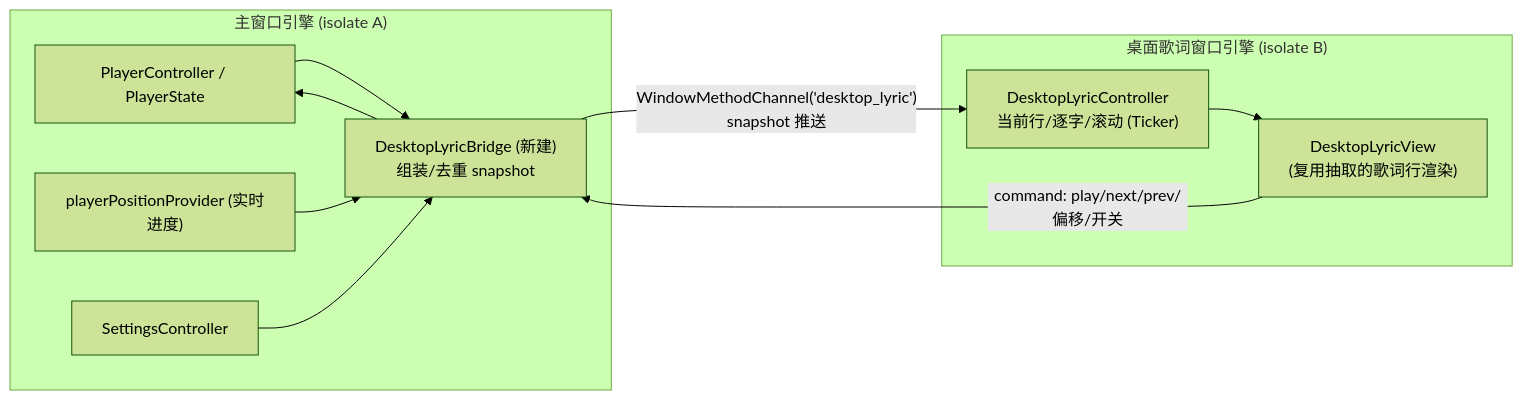
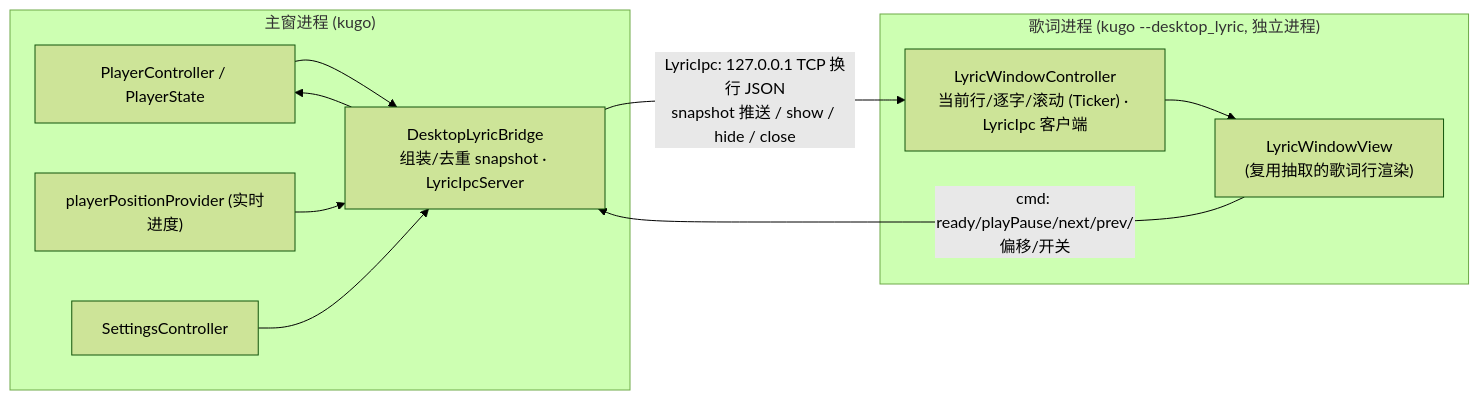
Before and after one commit to ZhengHaoF/kugoFlutter: the diagram in 桌面歌词接入方案.md, drawn with Mermaid (forest theme). The commit also changed other lines of this file and 10 other files, not shown here.

````diff
--- a/桌面歌词接入方案.md
+++ b/桌面歌词接入方案.md
@@ -110,20 +151,20 @@
 ```mermaid
 flowchart LR
-  subgraph MainWindow["主窗口引擎 (isolate A)"]
+  subgraph MainProcess["主窗进程 (kugo)"]
     PC["PlayerController / PlayerState"]
     PP["playerPositionProvider (实时进度)"]
-    DLC["DesktopLyricBridge (新建)\n组装/去重 snapshot"]
+    DLC["DesktopLyricBridge\n组装/去重 snapshot · LyricIpcServer"]
     SC["SettingsController"]
   end
-  subgraph LyricWindow["桌面歌词窗口引擎 (isolate B)"]
-    LVC["DesktopLyricController\n当前行/逐字/滚动 (Ticker)"]
-    LVW["DesktopLyricView\n(复用抽取的歌词行渲染)"]
+  subgraph LyricProcess["歌词进程 (kugo --desktop_lyric, 独立进程)"]
+    LVC["LyricWindowController\n当前行/逐字/滚动 (Ticker) · LyricIpc 客户端"]
+    LVW["LyricWindowView\n(复用抽取的歌词行渲染)"]
   end
   PC --> DLC
   PP --> DLC
   SC --> DLC
-  DLC -- "WindowMethodChannel('desktop_lyric')\nsnapshot 推送" --> LVC
+  DLC -- "LyricIpc: 127.0.0.1 TCP 换行 JSON\nsnapshot 推送 / show / hide / close" --> LVC
   LVC --> LVW
-  LVW -- "command: play/next/prev/偏移/开关" --> DLC
+  LVW -- "cmd: ready/playPause/next/prev/偏移/开关" --> DLC
   DLC --> PC
 ```
````
